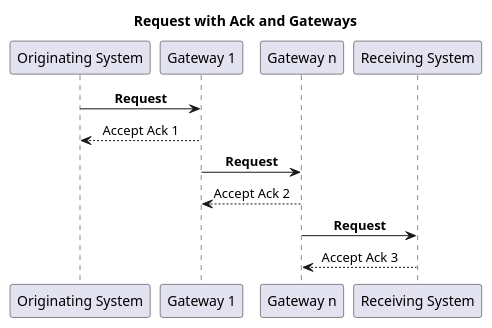
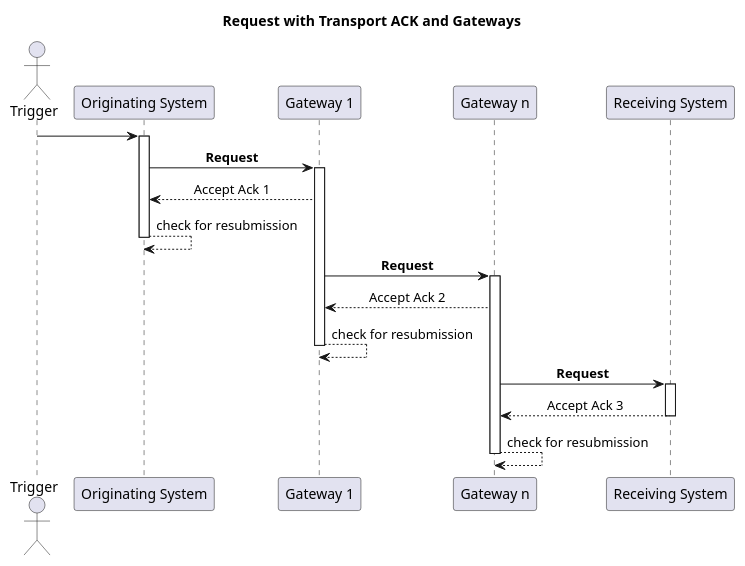
Before and after one commit to frankoemig/ack-ig: the diagram in input/images-source/Request_with_Ack_and_Gateways.plantuml, drawn with PlantUML. The commit also changed 10 other files, not shown here.

```diff
--- a/input/images-source/Request_with_Ack_and_Gateways.plantuml
+++ b/input/images-source/Request_with_Ack_and_Gateways.plantuml
@@ -1,15 +1,30 @@
 @startuml
+
 skinparam sequenceMessageAlign center
-title Request with Ack and Gateways
+title Request with Transport ACK and Gateways
+actor "Trigger" as Trigger
 participant "Originating System" as Placer
 participant "Gateway 1" as G1
 participant "Gateway n" as Gn
 participant "Receiving System" as Filler
 
+Trigger -> Placer
+activate Placer
 Placer -> G1: <b>Request
+activate G1
 G1 --> Placer: Accept Ack 1
+Placer --> Placer: check for resubmission
+deactivate Placer
 G1 -> Gn: <b>Request
+activate Gn
 Gn --> G1: Accept Ack 2
+G1 --> G1: check for resubmission
+deactivate G1
 Gn -> Filler: <b>Request
+activate Filler
 Filler --> Gn: Accept Ack 3
+deactivate Filler
+Gn --> Gn: check for resubmission
+deactivate Gn
+
 @enduml
```
